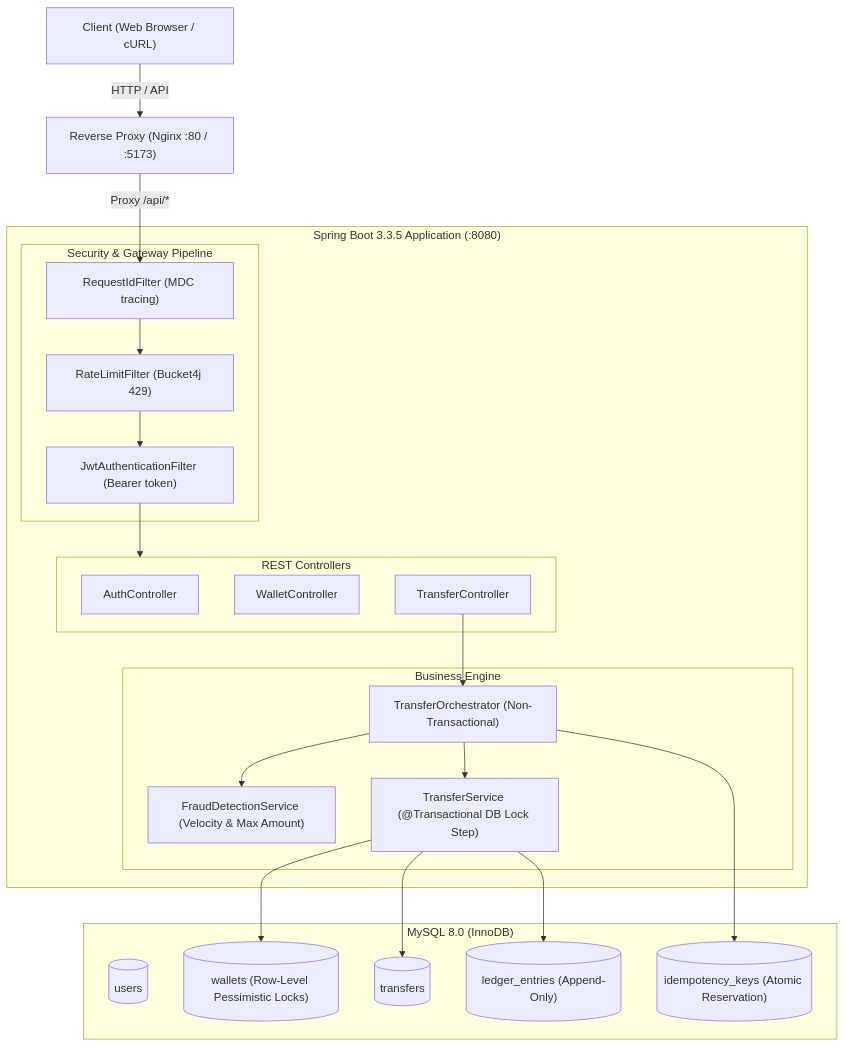
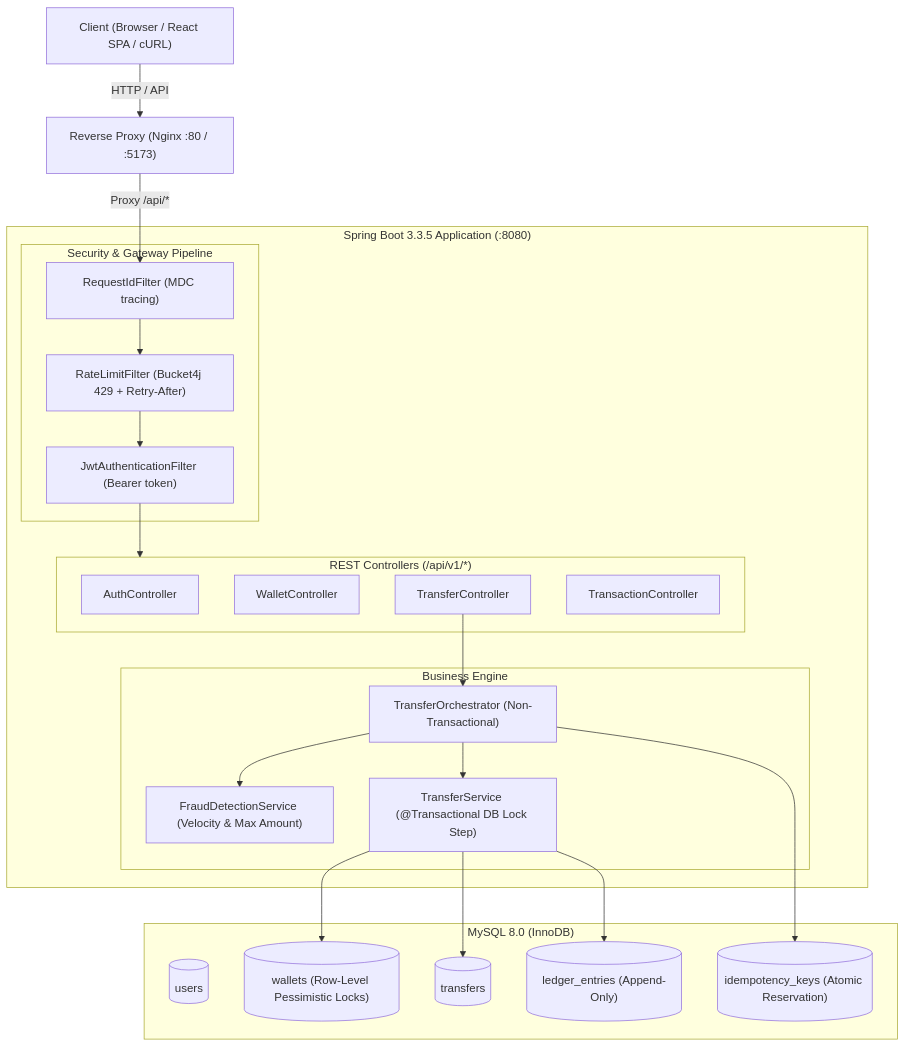
The first of 3 diagrams in README.md (OmWattamwar2911/cadence), drawn with Mermaid before and after one commit. The commit also changed other lines of this file and 6 other files, not shown here.

````diff
--- a/README.md
+++ b/README.md
@@ -9,46 +35,47 @@
 ```mermaid
 flowchart TD
-    Client["Client (Web Browser / cURL)"]
+    Client["Client (Browser / React SPA / cURL)"]
     Nginx["Reverse Proxy (Nginx :80 / :5173)"]
     
     subgraph SpringBoot["Spring Boot 3.3.5 Application (:8080)"]
         subgraph Filters["Security & Gateway Pipeline"]
             ReqFilter["RequestIdFilter (MDC tracing)"]
-            RateLimit["RateLimitFilter (Bucket4j 429)"]
+            RateLimit["RateLimitFilter (Bucket4j 429 + Retry-After)"]
             JwtFilter["JwtAuthenticationFilter (Bearer token)"]
         end
         
-        subgraph Controllers["REST Controllers"]
+        subgraph Controllers["REST Controllers (/api/v1/*)"]
             AuthCtrl["AuthController"]
             WalletCtrl["WalletController"]
             TransferCtrl["TransferController"]
+            TxCtrl["TransactionController"]
         end
 
         subgraph Core["Business Engine"]
             Orchestrator["TransferOrchestrator (Non-Transactional)"]
             FraudEngine["FraudDetectionService (Velocity & Max Amount)"]
             TransferService["TransferService (@Transactional DB Lock Step)"]
         end
     end
 
     subgraph Storage["MySQL 8.0 (InnoDB)"]
         UsersTbl[("users")]
         WalletsTbl[("wallets (Row-Level Pessimistic Locks)")]
         TransfersTbl[("transfers")]
         LedgerTbl[("ledger_entries (Append-Only)")]
         IdempotencyTbl[("idempotency_keys (Atomic Reservation)")]
     end
 
     Client -->|HTTP / API| Nginx
     Nginx -->|Proxy /api/*| ReqFilter
     ReqFilter --> RateLimit
     RateLimit --> JwtFilter
     JwtFilter --> Controllers
     TransferCtrl --> Orchestrator
     Orchestrator --> FraudEngine
     Orchestrator --> TransferService
     TransferService --> WalletsTbl
     TransferService --> TransfersTbl
     TransferService --> LedgerTbl
     Orchestrator --> IdempotencyTbl
 ```
````
